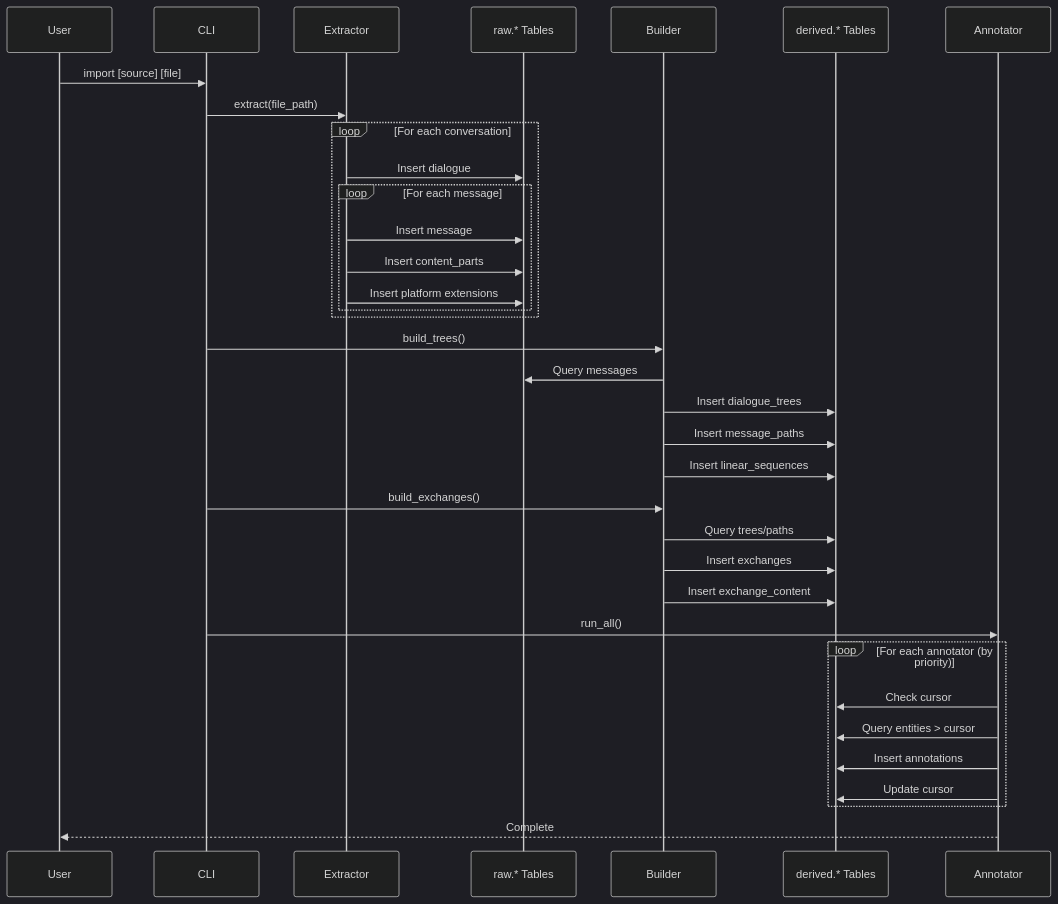
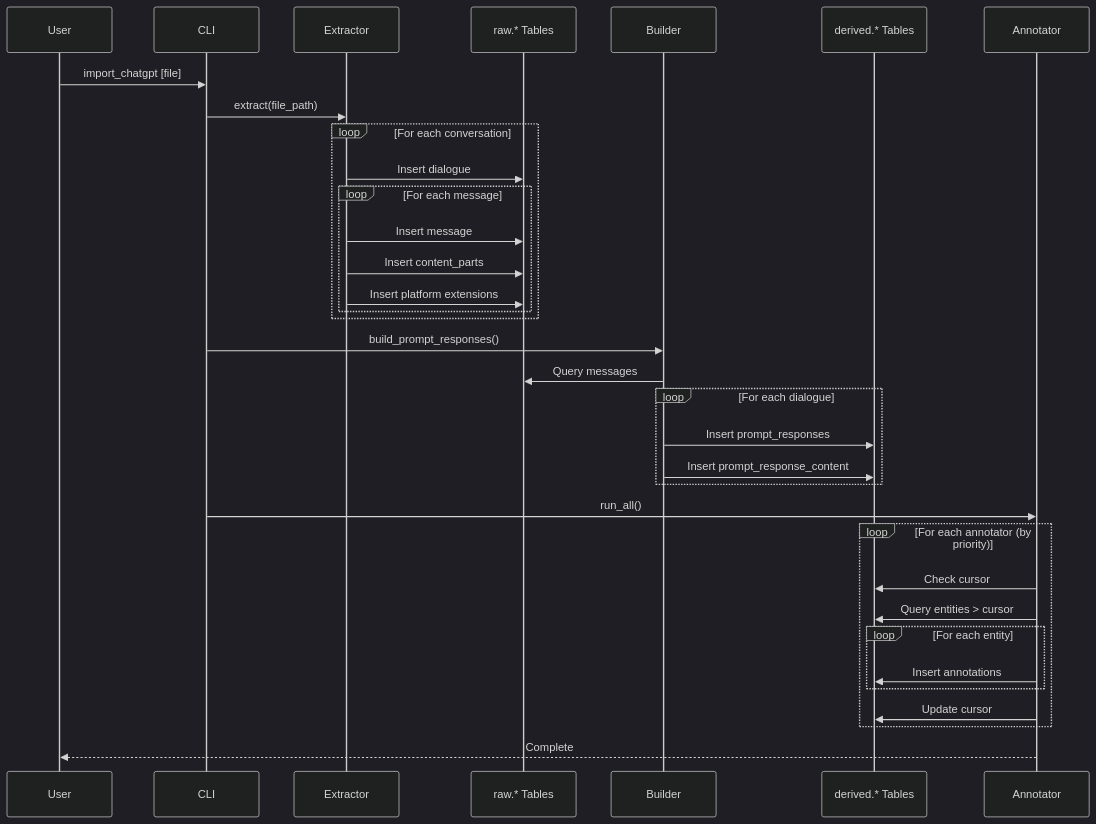
One commit to dmarx/chat2obs changed the second of 4 diagrams in docs/architecture.md. Above: the diagram before and after it, drawn with Mermaid (dark theme). The commit also changed other lines of this file and 7 other files, not shown here.

````diff
--- a/docs/architecture.md
+++ b/docs/architecture.md
@@ -129,43 +100,41 @@
 ```mermaid
 sequenceDiagram
     participant User
     participant CLI
     participant Extractor
     participant RawDB as raw.* Tables
     participant Builder
     participant DerivedDB as derived.* Tables
     participant Annotator
 
-    User->>CLI: import [source] [file]
+    User->>CLI: import_chatgpt [file]
     CLI->>Extractor: extract(file_path)
     
     loop For each conversation
         Extractor->>RawDB: Insert dialogue
         loop For each message
             Extractor->>RawDB: Insert message
             Extractor->>RawDB: Insert content_parts
             Extractor->>RawDB: Insert platform extensions
         end
     end
     
-    CLI->>Builder: build_trees()
+    CLI->>Builder: build_prompt_responses()
     Builder->>RawDB: Query messages
-    Builder->>DerivedDB: Insert dialogue_trees
-    Builder->>DerivedDB: Insert message_paths
-    Builder->>DerivedDB: Insert linear_sequences
-    
-    CLI->>Builder: build_exchanges()
-    Builder->>DerivedDB: Query trees/paths
-    Builder->>DerivedDB: Insert exchanges
-    Builder->>DerivedDB: Insert exchange_content
+    loop For each dialogue
+        Builder->>DerivedDB: Insert prompt_responses
+        Builder->>DerivedDB: Insert prompt_response_content
+    end
     
     CLI->>Annotator: run_all()
     loop For each annotator (by priority)
         Annotator->>DerivedDB: Check cursor
         Annotator->>DerivedDB: Query entities > cursor
-        Annotator->>DerivedDB: Insert annotations
+        loop For each entity
+            Annotator->>DerivedDB: Insert annotations
+        end
         Annotator->>DerivedDB: Update cursor
     end
     
     Annotator-->>User: Complete
 ```
````
